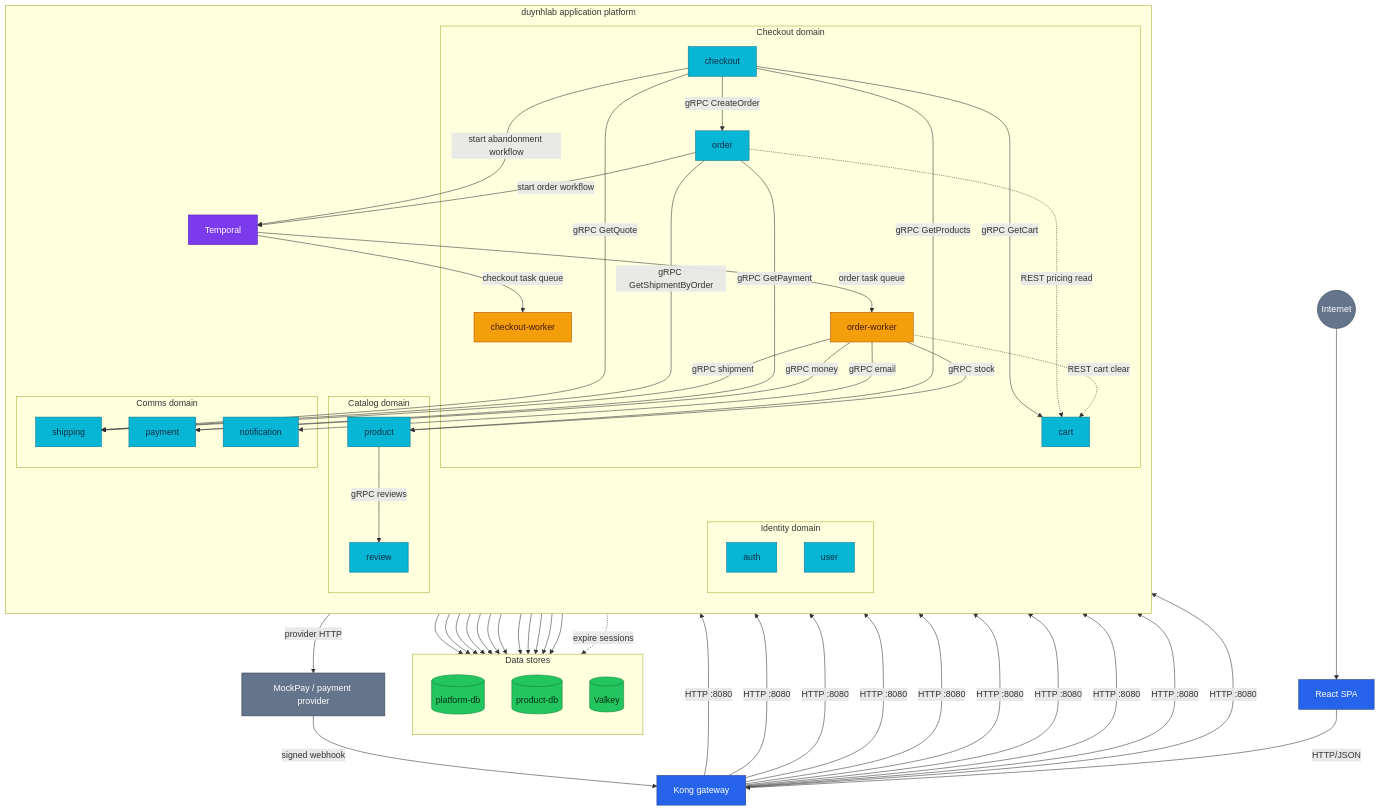
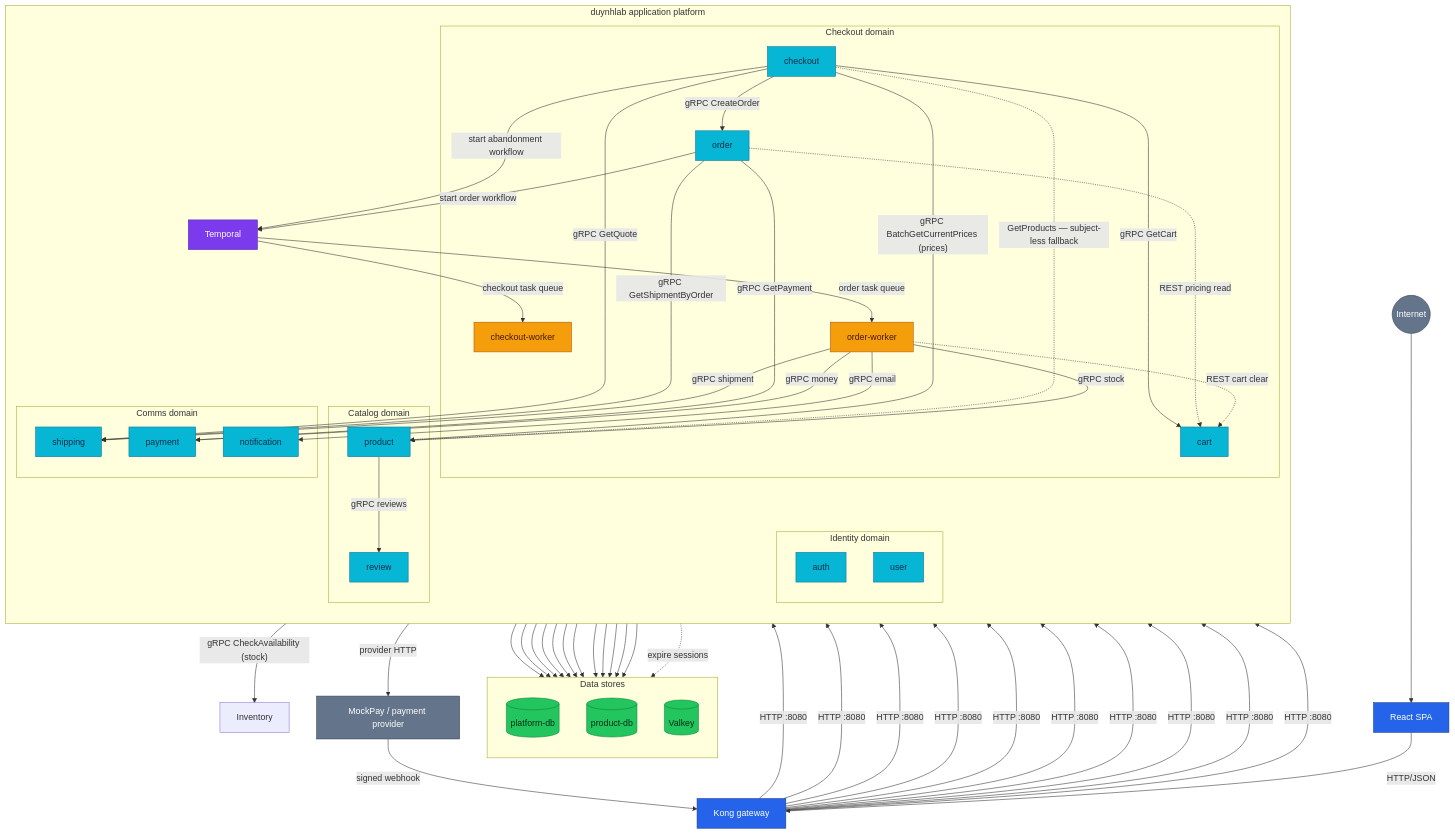
One commit to duynhlab/homelab changed the first of 10 diagrams in docs/api/api.md. Above: the diagram before and after it, drawn with Mermaid. The commit also changed 5 other files, not shown here.

```diff
--- a/docs/api/api.md
+++ b/docs/api/api.md
@@ -89,7 +89,9 @@
     %% Synchronous cross-service calls
     Product -->|"gRPC reviews"| Review
     Checkout -->|"gRPC GetCart"| Cart
-    Checkout -->|"gRPC GetProducts"| Product
+    Checkout -->|"gRPC BatchGetCurrentPrices (prices)"| Product
+    Checkout -->|"gRPC CheckAvailability (stock)"| Inventory
+    Checkout -.->|"GetProducts — subject-less fallback"| Product
     Checkout -->|"gRPC GetQuote"| Shipping
     Checkout -->|"gRPC CreateOrder"| Order
     Order -->|"gRPC GetShipmentByOrder"| Shipping
```
